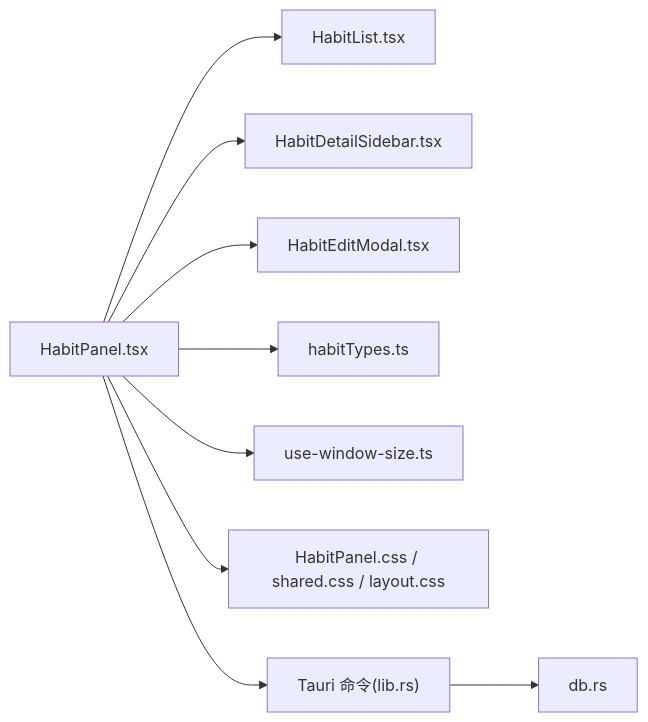
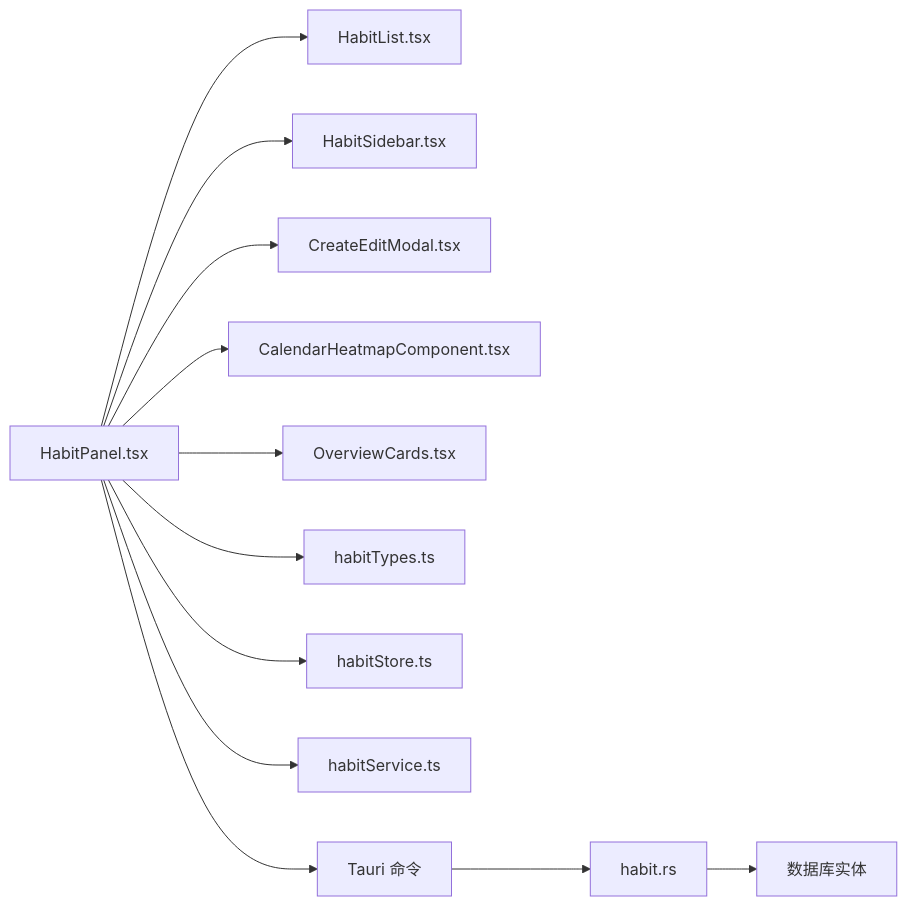
Before and after one commit to gzdxhujiale/FishWorker: the eighth of 8 diagrams in .qoder/repowiki/zh/content/核心功能模块/习惯追踪系统.md, drawn with Mermaid. The commit also changed other lines of this file and 19 other files, not shown here.

````diff
--- a/.qoder/repowiki/zh/content/核心功能模块/习惯追踪系统.md
+++ b/.qoder/repowiki/zh/content/核心功能模块/习惯追踪系统.md
@@ -340,11 +359,14 @@
 ```mermaid
 graph LR
 HP["HabitPanel.tsx"] --> HL["HabitList.tsx"]
-HP --> HDS["HabitDetailSidebar.tsx"]
-HP --> HEM["HabitEditModal.tsx"]
+HP --> HS["HabitSidebar.tsx"]
+HP --> CEM["CreateEditModal.tsx"]
+HP --> CHC["CalendarHeatmapComponent.tsx"]
+HP --> OC["OverviewCards.tsx"]
 HP --> HT["habitTypes.ts"]
-HP --> UWS["use-window-size.ts"]
-HP --> CSS["HabitPanel.css / shared.css / layout.css"]
-HP --> Tauri["Tauri 命令(lib.rs)"]
-Tauri --> DB["db.rs"]
+HP --> HST["habitStore.ts"]
+HP --> HSV["habitService.ts"]
+HP --> Tauri["Tauri 命令"]
+Tauri --> RS["habit.rs"]
+RS --> DB["数据库实体"]
 ```
````
